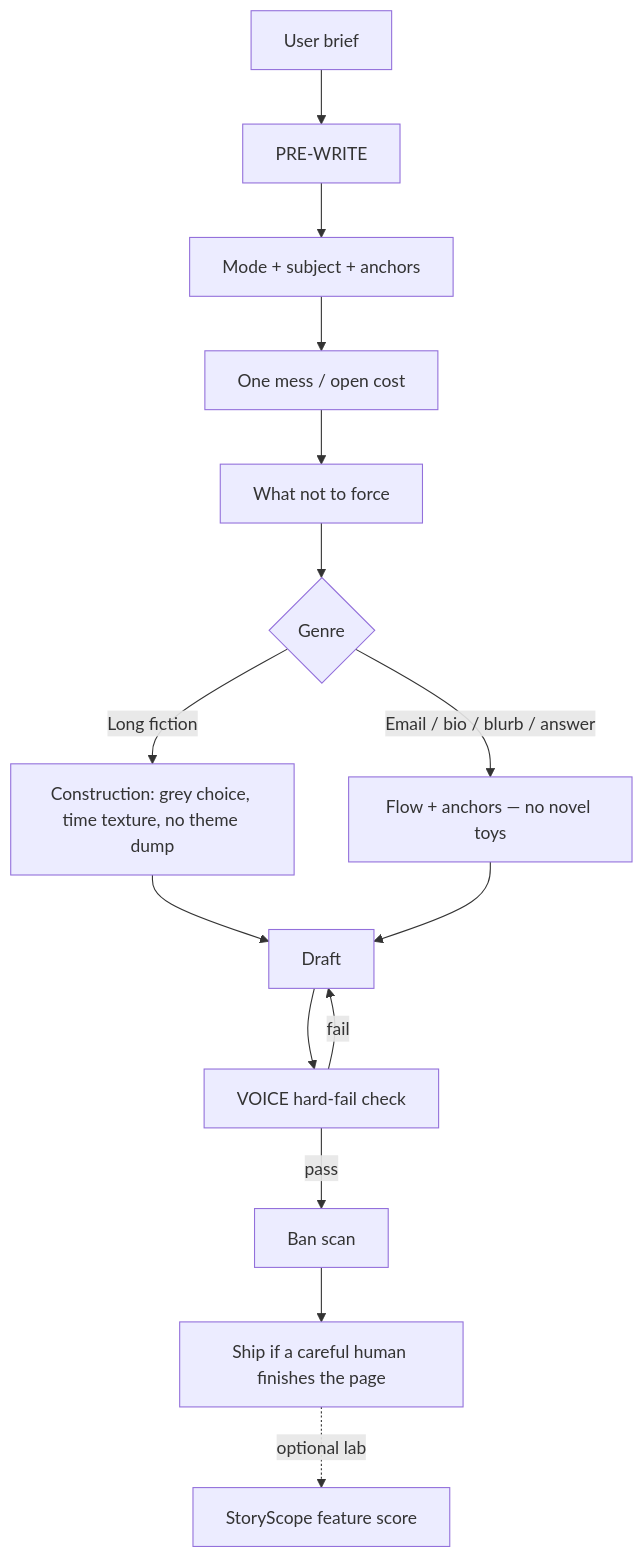
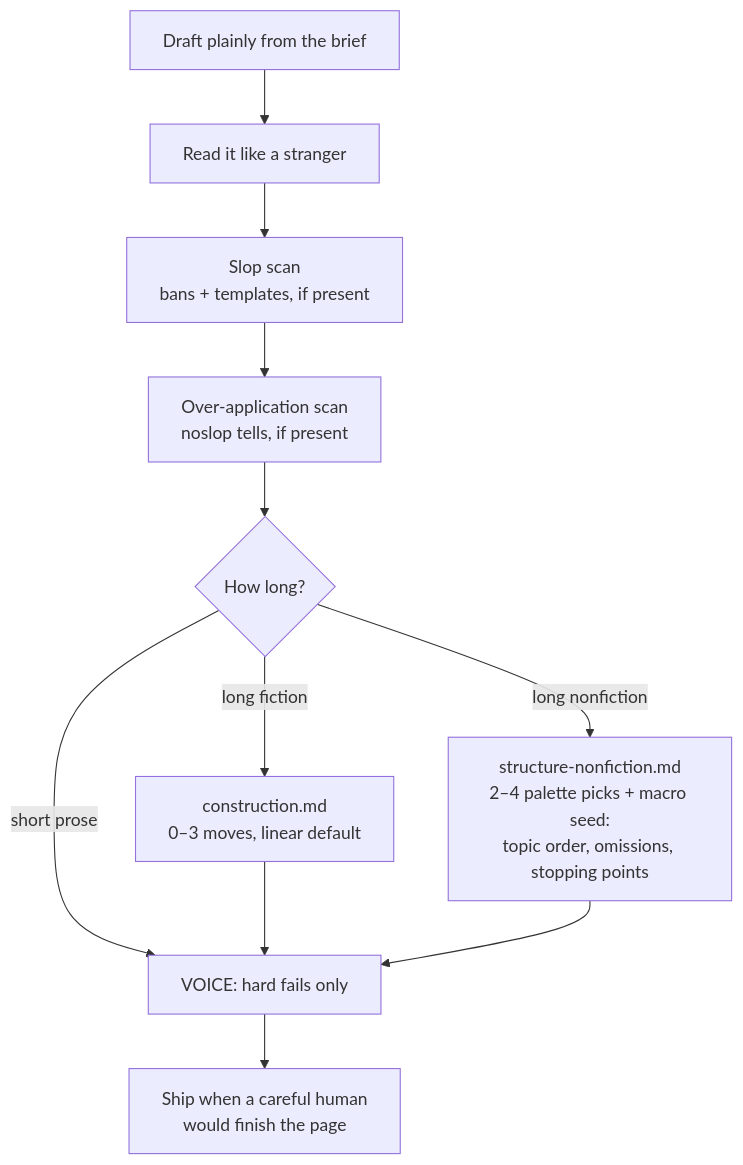
One commit to vstalingrady/noslop changed the second of 2 diagrams in README.md. Above: the diagram before and after it, drawn with Mermaid. The commit also changed other lines of this file and 8 other files, not shown here.

Commit message:
feat: long-nonfiction structure layer, README papers+diagrams, c8 eval pair

````diff
--- a/README.md
+++ b/README.md
@@ -234,17 +79,13 @@
 ```mermaid
 flowchart TD
-  A[User brief] --> B[PRE-WRITE]
-  B --> B1[Mode + subject + anchors]
-  B1 --> B2[One mess / open cost]
-  B2 --> B3[What not to force]
-  B3 --> C{Genre}
-  C -->|Long fiction| D[Construction: grey choice, time texture, no theme dump]
-  C -->|Email / bio / blurb / answer| E[Flow + anchors — no novel toys]
-  D --> F[Draft]
-  E --> F
-  F --> G[VOICE hard-fail check]
-  G -->|fail| F
-  G -->|pass| H[Ban scan]
-  H --> I[Ship if a careful human finishes the page]
-  I -.->|optional lab| J[StoryScope feature score]
+    D[Draft plainly from the brief] --> R[Read it like a stranger]
+    R --> S1[Slop scan<br/>bans + templates, if present]
+    S1 --> S2[Over-application scan<br/>noslop tells, if present]
+    S2 --> L{How long?}
+    L -- short prose --> V
+    L -- long fiction --> C[construction.md<br/>0–3 moves, linear default]
+    L -- long nonfiction --> N[structure-nonfiction.md<br/>2–4 palette picks + macro seed:<br/>topic order, omissions, stopping points]
+    C --> V[VOICE: hard fails only]
+    N --> V
+    V --> SHIP[Ship when a careful human<br/>would finish the page]
 ```
````
